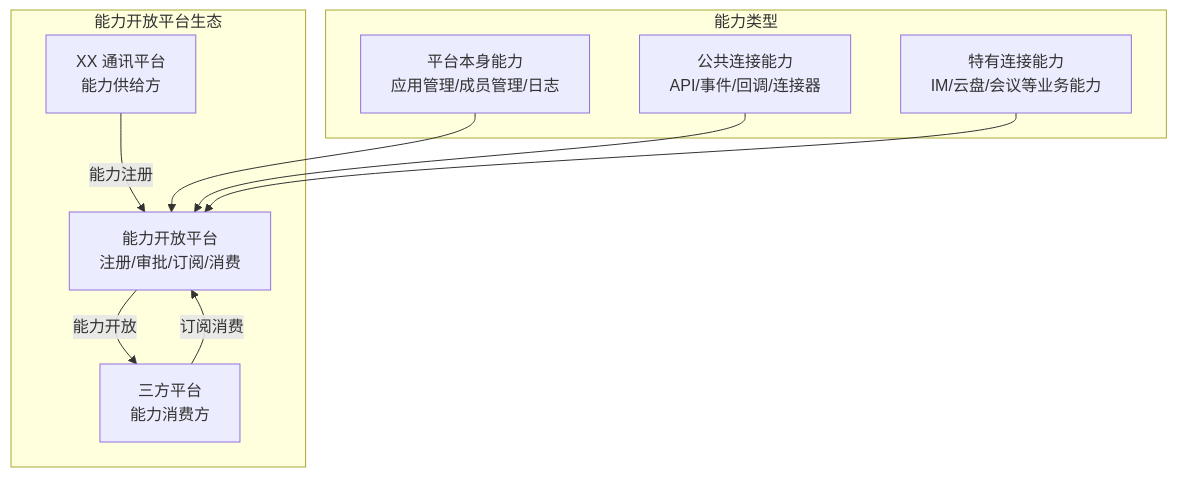
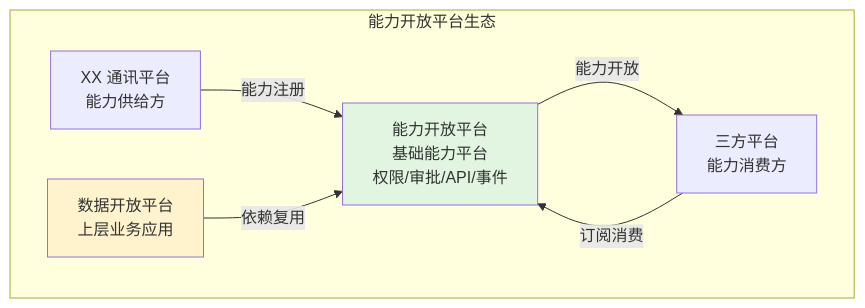
One commit to THZSummer/Product changed the first of 11 diagrams in open-app/.sdd/specs-tree-root/specs-tree-capability-open-platform/discovery-report.md. Above: the diagram before and after it, drawn with Mermaid. The commit also changed other lines of this file, not shown here.

````diff
--- a/open-app/.sdd/specs-tree-root/specs-tree-capability-open-platform/discovery-report.md
+++ b/open-app/.sdd/specs-tree-root/specs-tree-capability-open-platform/discovery-report.md
@@ -18,20 +18,17 @@
 ```mermaid
-graph TB
+flowchart TB
     subgraph 能力开放平台生态
         A[XX 通讯平台<br/>能力供给方]
-        B[能力开放平台<br/>注册/审批/订阅/消费]
+        B[能力开放平台<br/>基础能力平台<br/>权限/审批/API/事件]
         C[三方平台<br/>能力消费方]
+        D[数据开放平台<br/>上层业务应用]
     end
     
     A -->|能力注册 | B
     B -->|能力开放 | C
     C -->|订阅消费 | B
+    D -->|依赖复用 | B
     
-    subgraph 能力类型
-        C1[平台本身能力<br/>应用管理/成员管理/日志]
-        C2[公共连接能力<br/>API/事件/回调/连接器]
-        C3[特有连接能力<br/>IM/云盘/会议等业务能力]
-    end
-    
-    C1 & C2 & C3 --> B
+    style B fill:#e1f5e1
+    style D fill:#fff3cd
 ```
````
